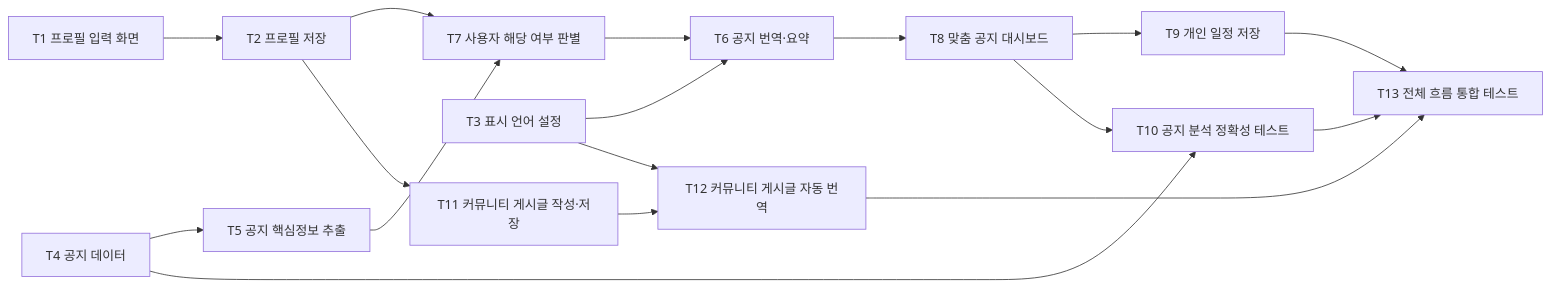
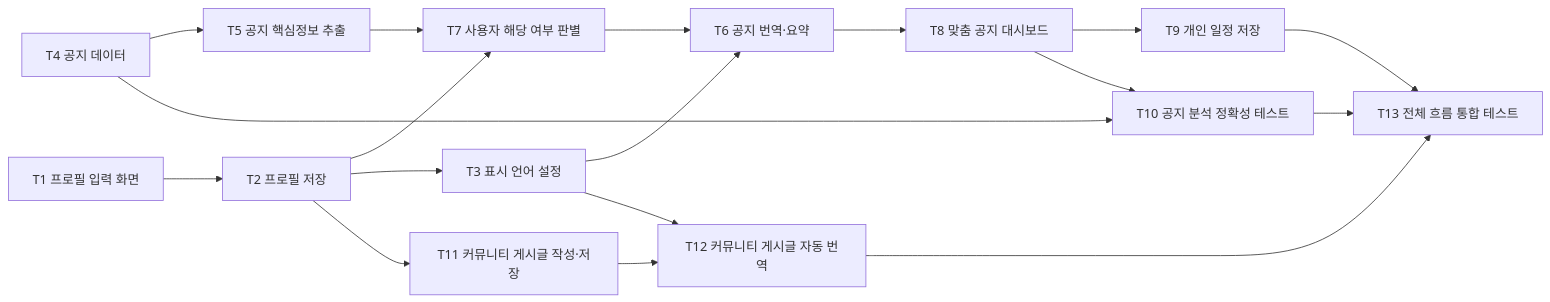
The diagram in docs/week-05.md (kyle891204/aix-2026f-team03), drawn with Mermaid before and after one commit. The commit also changed other lines of this file, not shown here.

````diff
--- a/docs/week-05.md
+++ b/docs/week-05.md
@@ -56,26 +56,27 @@
 ```mermaid
 flowchart LR
 
     T1["T1 프로필 입력 화면"] --> T2["T2 프로필 저장"]
 
     T4["T4 공지 데이터"] --> T5["T5 공지 핵심정보 추출"]
     T5 --> T7["T7 사용자 해당 여부 판별"]
     T2 --> T7
 
     T7 --> T6["T6 공지 번역·요약"]
+    T2 --> T3
     T3["T3 표시 언어 설정"] --> T6
 
     T6 --> T8["T8 맞춤 공지 대시보드"]
 
     T8 --> T9["T9 개인 일정 저장"]
     T8 --> T10["T10 공지 분석 정확성 테스트"]
     T4 --> T10
 
     T2 --> T11["T11 커뮤니티 게시글 작성·저장"]
     T11 --> T12["T12 커뮤니티 게시글 자동 번역"]
     T3 --> T12
 
     T9 --> T13["T13 전체 흐름 통합 테스트"]
     T10 --> T13
     T12 --> T13
 ```
````
